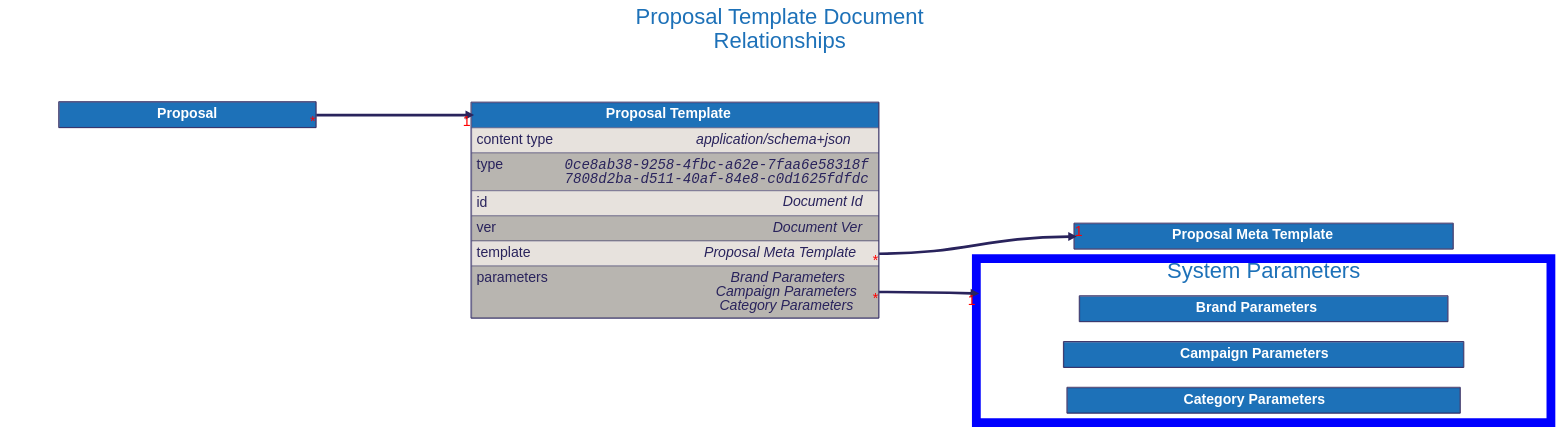
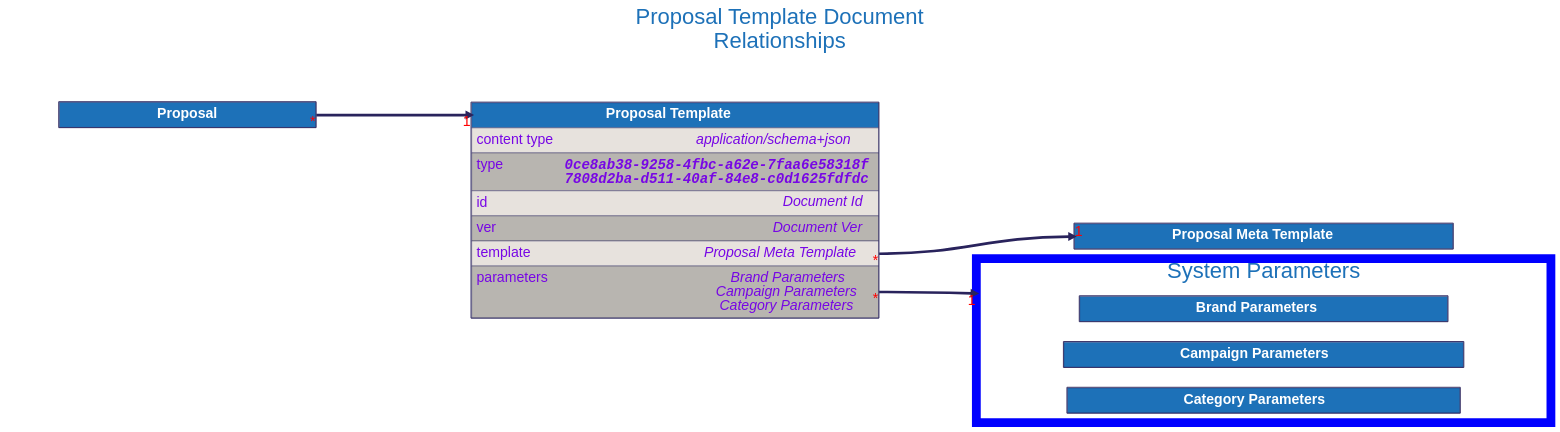
The diagram in docs/src/architecture/08_concepts/signed_doc/diagrams/proposal_template.dot (input-output-hk/catalyst-libs), drawn with Graphviz before and after one commit. The commit also changed 15 other files, not shown here.

```diff
--- a/docs/src/architecture/08_concepts/signed_doc/diagrams/proposal_template.dot
+++ b/docs/src/architecture/08_concepts/signed_doc/diagrams/proposal_template.dot
@@ -1,175 +1,175 @@
 digraph "Proposal Template" {
     rankdir="LR"
     graph [fontname="helvetica", fontsize="32", fontcolor="#29235c", bgcolor="white"];
     node [penwidth="0", margin="0", fontname="helvetica", fontsize="32", fontcolor="#29235c"];
     edge [fontname="helvetica", fontsize="32", fontcolor="red", color="#29235c"];
 
     labelloc="t"
     label="Proposal Template Document
 Relationships"
     fontcolor="#1d71b8"
     fontsize=50
     compound=true
 
 
 
     "Proposal Meta Template" [
         id="Proposal Meta Template";
         label=<
             <TABLE BORDER="2" COLOR="#29235c" CELLBORDER="1" CELLSPACING="0" CELLPADDING="10">
             <TR>
                 <TD PORT="title" BGCOLOR="#1d71b8" HREF="../proposal_meta_template/">
                     <FONT COLOR="#ffffff"><B> Proposal Meta Template </B></FONT>
                 </TD>
             </TR>
 
             </TABLE>
         >
     ];
 
 
     "Proposal Template" [
         id="Proposal Template";
         label=<
             <TABLE BORDER="2" COLOR="#29235c" CELLBORDER="1" CELLSPACING="0" CELLPADDING="10">
             <TR>
                 <TD PORT="title" BGCOLOR="#1d71b8" HREF="../proposal_template/">
                     <FONT COLOR="#ffffff"><B> Proposal Template </B></FONT>
                 </TD>
             </TR>
             <TR>
                 <TD ALIGN="LEFT" PORT="content type" BGCOLOR="#e7e2dd">
                     <TABLE CELLPADDING="0" CELLSPACING="0" BORDER="0">
                         <TR>
-                            <TD ALIGN="LEFT" VALIGN="TOP" WIDTH="200"><FONT>content type</FONT></TD>
-                            <TD ALIGN="RIGHT"><FONT><I>application/schema+json</I></FONT></TD>
+                            <TD ALIGN="LEFT" VALIGN="TOP" WIDTH="200"><FONT COLOR="#7706E5">content type</FONT></TD>
+                            <TD ALIGN="RIGHT"><FONT COLOR="#7706E5"><I>application/schema+json</I></FONT></TD>
                         </TR>
                     </TABLE>
                 </TD>
             </TR>
             <TR>
                 <TD ALIGN="LEFT" PORT="type" BGCOLOR="#b8b5b0">
                     <TABLE CELLPADDING="0" CELLSPACING="0" BORDER="0">
                         <TR>
-                            <TD ALIGN="LEFT" VALIGN="TOP" WIDTH="200"><FONT>type</FONT></TD>
-                            <TD ALIGN="RIGHT"><FONT FACE="Courier"><I>0ce8ab38-9258-4fbc-a62e-7faa6e58318f<BR />7808d2ba-d511-40af-84e8-c0d1625fdfdc</I></FONT></TD>
+                            <TD ALIGN="LEFT" VALIGN="TOP" WIDTH="200"><FONT COLOR="#7706E5">type</FONT></TD>
+                            <TD ALIGN="RIGHT"><FONT FACE="Courier" COLOR="#7706E5"><B><I>0ce8ab38-9258-4fbc-a62e-7faa6e58318f<BR />7808d2ba-d511-40af-84e8-c0d1625fdfdc</I></B></FONT></TD>
                         </TR>
                     </TABLE>
                 </TD>
             </TR>
             <TR>
                 <TD ALIGN="LEFT" PORT="id" BGCOLOR="#e7e2dd">
                     <TABLE CELLPADDING="0" CELLSPACING="0" BORDER="0">
                         <TR>
-                            <TD ALIGN="LEFT" VALIGN="TOP" WIDTH="200"><FONT>id</FONT></TD>
-                            <TD ALIGN="RIGHT"><FONT><I>Document Id</I></FONT></TD>
+                            <TD ALIGN="LEFT" VALIGN="TOP" WIDTH="200"><FONT COLOR="#7706E5">id</FONT></TD>
+                            <TD ALIGN="RIGHT"><FONT COLOR="#7706E5"><I>Document Id</I></FONT></TD>
                         </TR>
                     </TABLE>
                 </TD>
             </TR>
             <TR>
                 <TD ALIGN="LEFT" PORT="ver" BGCOLOR="#b8b5b0">
                     <TABLE CELLPADDING="0" CELLSPACING="0" BORDER="0">
                         <TR>
-                            <TD ALIGN="LEFT" VALIGN="TOP" WIDTH="200"><FONT>ver</FONT></TD>
-                            <TD ALIGN="RIGHT"><FONT><I>Document Ver</I></FONT></TD>
+                            <TD ALIGN="LEFT" VALIGN="TOP" WIDTH="200"><FONT COLOR="#7706E5">ver</FONT></TD>
+                            <TD ALIGN="RIGHT"><FONT COLOR="#7706E5"><I>Document Ver</I></FONT></TD>
                         </TR>
                     </TABLE>
                 </TD>
             </TR>
             <TR>
                 <TD ALIGN="LEFT" PORT="template" BGCOLOR="#e7e2dd">
                     <TABLE CELLPADDING="0" CELLSPACING="0" BORDER="0">
                         <TR>
-                            <TD ALIGN="LEFT" VALIGN="TOP" WIDTH="200"><FONT>template</FONT></TD>
-                            <TD ALIGN="RIGHT"><FONT><I>Proposal Meta Template</I></FONT></TD>
+                            <TD ALIGN="LEFT" VALIGN="TOP" WIDTH="200"><FONT COLOR="#7706E5">template</FONT></TD>
+                            <TD ALIGN="RIGHT"><FONT COLOR="#7706E5"><I>Proposal Meta Template</I></FONT></TD>
                         </TR>
                     </TABLE>
                 </TD>
             </TR>
             <TR>
                 <TD ALIGN="LEFT" PORT="parameters" BGCOLOR="#b8b5b0">
                     <TABLE CELLPADDING="0" CELLSPACING="0" BORDER="0">
                         <TR>
-                            <TD ALIGN="LEFT" VALIGN="TOP" WIDTH="200"><FONT>parameters</FONT></TD>
-                            <TD ALIGN="RIGHT"><FONT><I>Brand Parameters<BR />Campaign Parameters<BR />Category Parameters</I></FONT></TD>
+                            <TD ALIGN="LEFT" VALIGN="TOP" WIDTH="200"><FONT COLOR="#7706E5">parameters</FONT></TD>
+                            <TD ALIGN="RIGHT"><FONT COLOR="#7706E5"><I>Brand Parameters<BR />Campaign Parameters<BR />Category Parameters</I></FONT></TD>
                         </TR>
                     </TABLE>
                 </TD>
             </TR>
 
             </TABLE>
         >
     ];
 
 
     "Proposal" [
         id="Proposal";
         label=<
             <TABLE BORDER="2" COLOR="#29235c" CELLBORDER="1" CELLSPACING="0" CELLPADDING="10">
             <TR>
                 <TD PORT="title" BGCOLOR="#1d71b8" HREF="../proposal/">
                     <FONT COLOR="#ffffff"><B> Proposal </B></FONT>
                 </TD>
             </TR>
 
             </TABLE>
         >
     ];
 
 
     subgraph cluster_system_parameters {
         label = "System Parameters";
         color=blue
         penwidth=20
 
         "Brand Parameters" [
             id="Brand Parameters";
             label=<
                 <TABLE BORDER="2" COLOR="#29235c" CELLBORDER="1" CELLSPACING="0" CELLPADDING="10">
                 <TR>
                     <TD PORT="title" BGCOLOR="#1d71b8" HREF="../brand_parameters/">
                         <FONT COLOR="#ffffff"><B> Brand Parameters </B></FONT>
                     </TD>
                 </TR>
 
                 </TABLE>
             >
         ];
 
 
         "Campaign Parameters" [
             id="Campaign Parameters";
             label=<
                 <TABLE BORDER="2" COLOR="#29235c" CELLBORDER="1" CELLSPACING="0" CELLPADDING="10">
                 <TR>
                     <TD PORT="title" BGCOLOR="#1d71b8" HREF="../campaign_parameters/">
                         <FONT COLOR="#ffffff"><B> Campaign Parameters </B></FONT>
                     </TD>
                 </TR>
 
                 </TABLE>
             >
         ];
 
 
         "Category Parameters" [
             id="Category Parameters";
             label=<
                 <TABLE BORDER="2" COLOR="#29235c" CELLBORDER="1" CELLSPACING="0" CELLPADDING="10">
                 <TR>
                     <TD PORT="title" BGCOLOR="#1d71b8" HREF="../category_parameters/">
                         <FONT COLOR="#ffffff"><B> Category Parameters </B></FONT>
                     </TD>
                 </TR>
 
                 </TABLE>
             >
         ];
 
     }
 
     "Proposal Template":"template":e -> "Proposal Meta Template":"title":w [dir=forward, penwidth=6, color="#29235c", headlabel="1", taillabel="*"]
     "Proposal Template":"parameters":e -> "Brand Parameters" [dir=forward, penwidth=6, color="#29235c", headlabel="1", taillabel="*", lhead="cluster_system_parameters"]
     "Proposal":"title":e -> "Proposal Template":"title":w [dir=forward, penwidth=6, color="#29235c", headlabel="1", taillabel="*"]
 }
```
